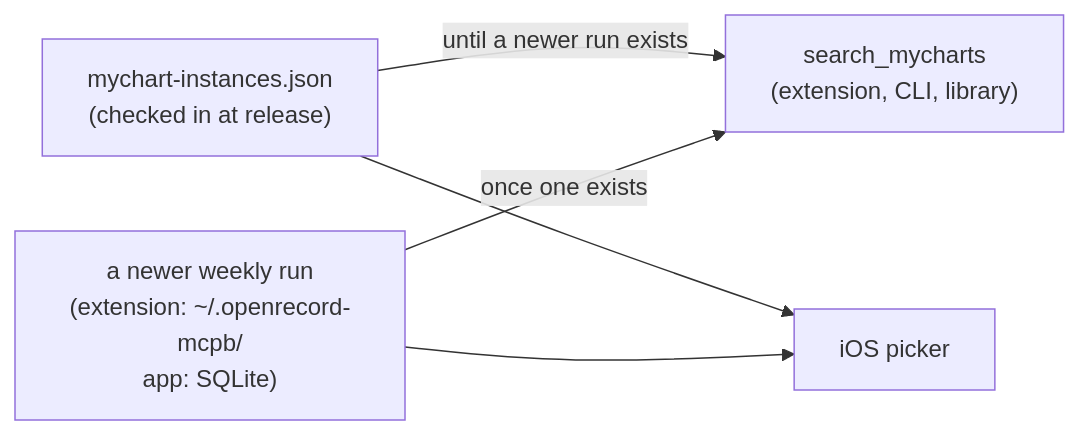
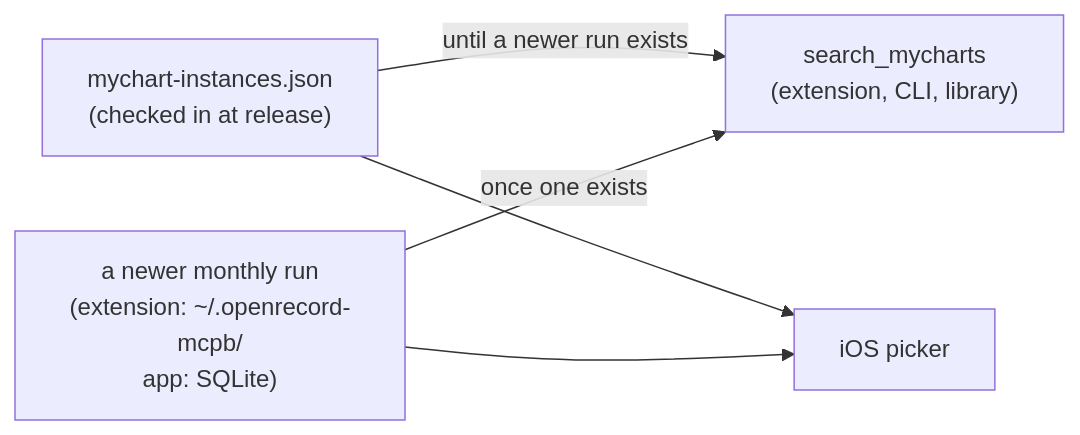
Before and after one commit to Fan-Pier-Labs/openrecord: the first of 3 diagrams in scrapers/list-all-mycharts/HOW-IT-WORKS.md, drawn with Mermaid. The commit also changed other lines of this file and 11 other files, not shown here.

First line of the commit message:
Refresh the directory monthly, not weekly

````diff
--- a/scrapers/list-all-mycharts/HOW-IT-WORKS.md
+++ b/scrapers/list-all-mycharts/HOW-IT-WORKS.md
@@ -9,10 +9,10 @@
 ```mermaid
 flowchart LR
     checkedIn["mychart-instances.json<br/>(checked in at release)"]
-    saved["a newer weekly run<br/>(extension: ~/.openrecord-mcpb/<br/>app: SQLite)"]
+    saved["a newer monthly run<br/>(extension: ~/.openrecord-mcpb/<br/>app: SQLite)"]
 
     checkedIn -- "until a newer run exists" --> search["search_mycharts<br/>(extension, CLI, library)"]
     saved -- "once one exists" --> search
     checkedIn --> picker["iOS picker"]
     saved --> picker
 ```
````
